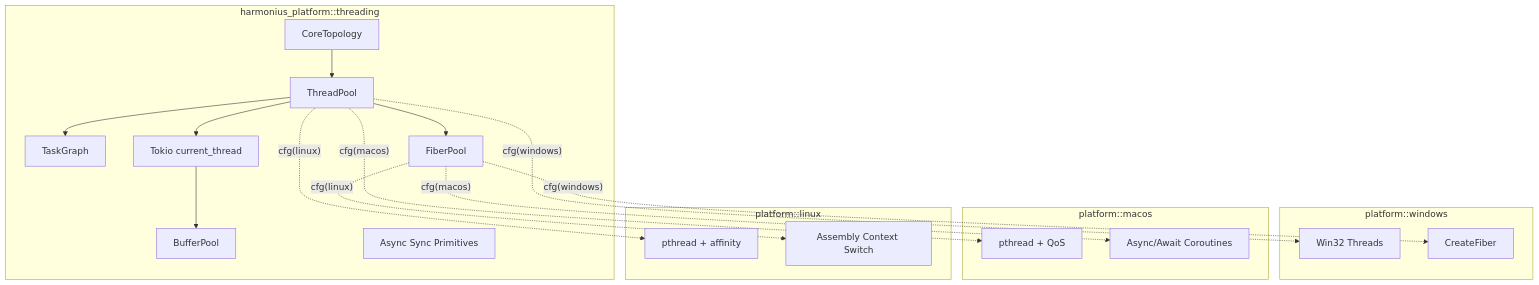
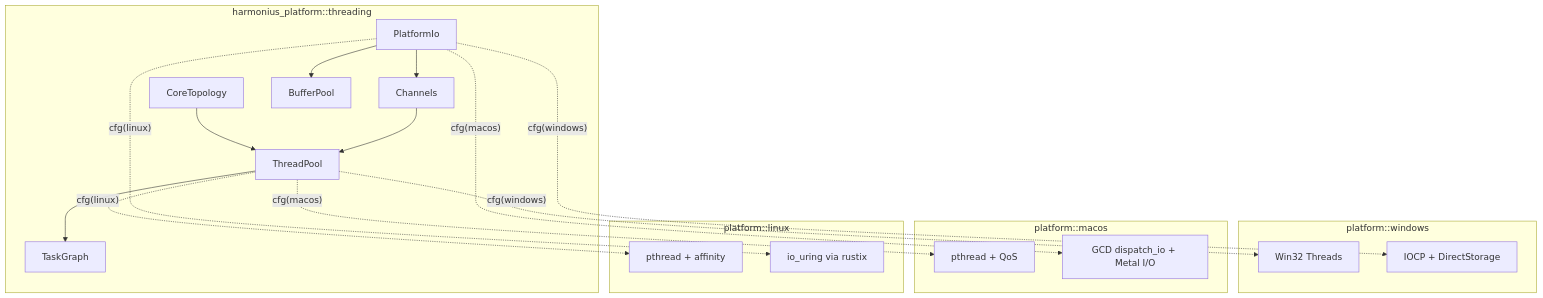
The first of 6 diagrams in docs/design/platform/threading.md (harmonius-dev/harmonius), drawn with Mermaid before and after one commit. The commit also changed other lines of this file and 174 other files, not shown here.

````diff
--- a/docs/design/platform/threading.md
+++ b/docs/design/platform/threading.md
@@ -59,40 +62,39 @@
 ```mermaid
 graph TD
     subgraph "harmonius_platform::threading"
         CT[CoreTopology]
         TP[ThreadPool]
         TG[TaskGraph]
-        TK["Tokio current_thread"]
-        FB[FiberPool]
+        IO[PlatformIo]
+        CH[Channels]
         BP[BufferPool]
-        SY[Async Sync Primitives]
     end
 
     subgraph "platform::windows"
         WT[Win32 Threads]
-        WF[CreateFiber]
+        WI[IOCP + DirectStorage]
     end
 
     subgraph "platform::macos"
         MT[pthread + QoS]
-        MF[Async/Await Coroutines]
+        MI["GCD dispatch_io + Metal I/O"]
     end
 
     subgraph "platform::linux"
         LT[pthread + affinity]
-        LF[Assembly Context Switch]
+        LI[io_uring via rustix]
     end
 
     CT --> TP
     TP --> TG
-    TP --> FB
-    TK --> BP
-    TP --> TK
+    IO --> BP
+    IO --> CH
+    CH --> TP
 
     TP -.->|"cfg(windows)"| WT
     TP -.->|"cfg(macos)"| MT
     TP -.->|"cfg(linux)"| LT
-    FB -.->|"cfg(windows)"| WF
-    FB -.->|"cfg(macos)"| MF
-    FB -.->|"cfg(linux)"| LF
+    IO -.->|"cfg(windows)"| WI
+    IO -.->|"cfg(macos)"| MI
+    IO -.->|"cfg(linux)"| LI
 ```
````
